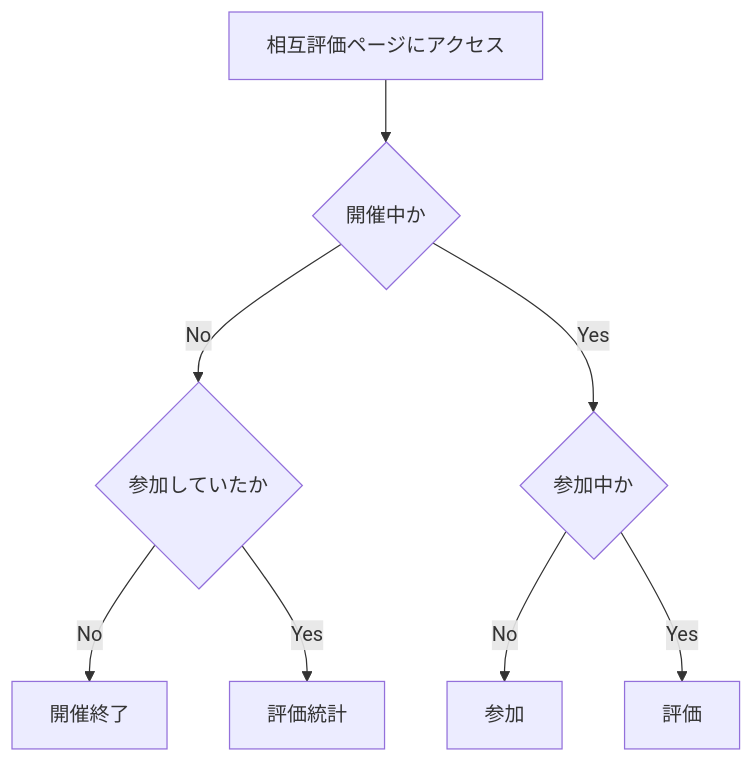
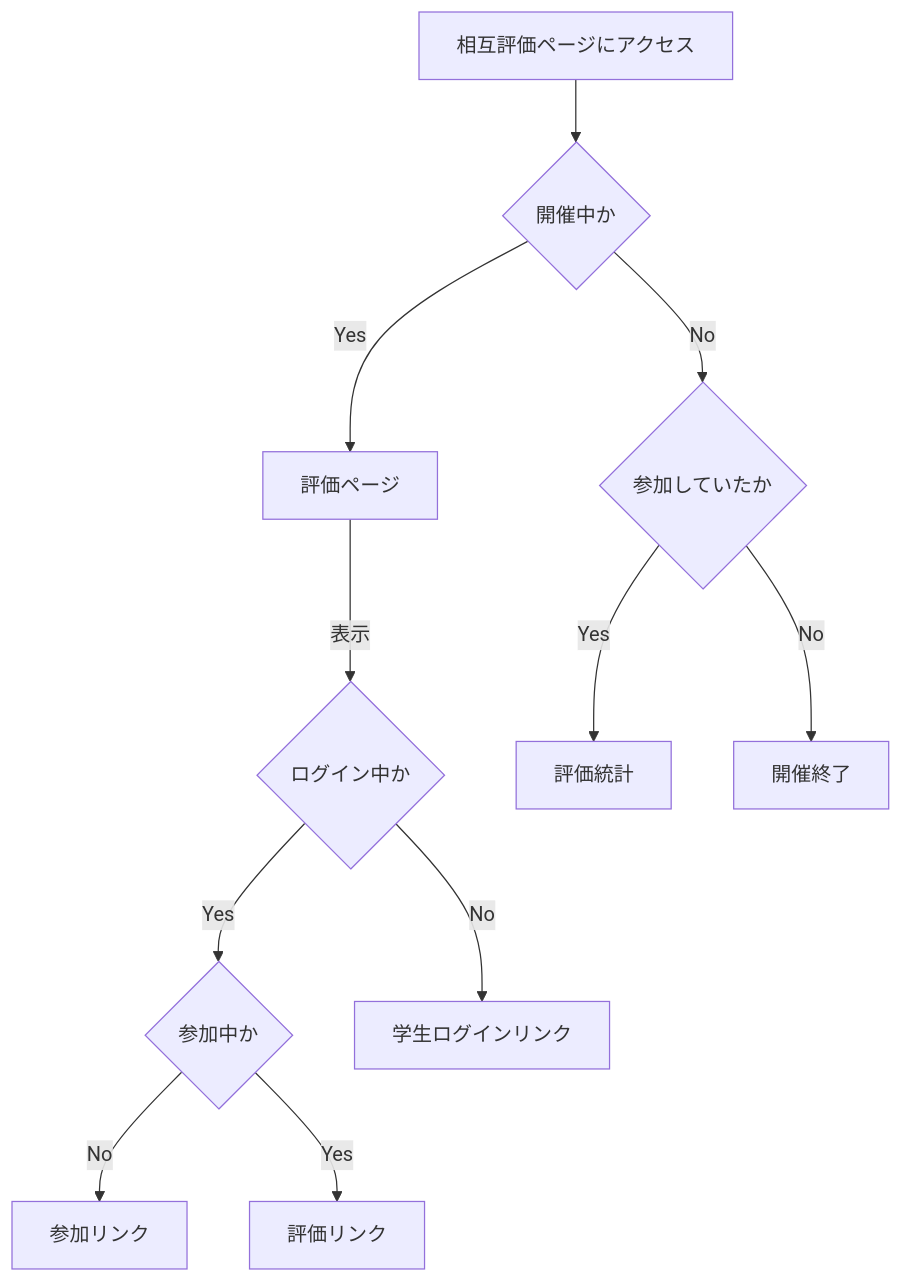
Before and after one commit to sijiaoh/ohutils_rails: the diagram in docs/peer_review.md, drawn with Mermaid. The commit also changed other lines of this file, not shown here.

Commit message:
Update docs/peer_review.

````diff
--- a/docs/peer_review.md
+++ b/docs/peer_review.md
@@ -5,22 +7,29 @@
 ```mermaid
 flowchart TD
 
 visit_show[相互評価ページにアクセス]
 if_doing{開催中か}
+if_logged_in{ログイン中か}
 if_participating{参加中か}
 if_participated{参加していたか}
-participation[参加]
-review[評価]
+review_page[評価ページ]
 review_result[評価統計]
 finished[開催終了]
+show_student_sign_in_link[学生ログインリンク]
+show_participation_link[参加リンク]
+show_review_links[評価リンク]
 
 visit_show --> if_doing
 if_doing -->|No| if_participated
-if_doing -->|Yes| if_participating
+if_doing -->|Yes| review_page
 
 if_participated -->|No| finished
 if_participated -->|Yes| review_result
 
-if_participating -->|No| participation
-if_participating -->|Yes| review
+review_page -->|表示| if_logged_in
+if_logged_in -->|No| show_student_sign_in_link
+if_logged_in -->|Yes| if_participating
+
+if_participating -->|No| show_participation_link
+if_participating -->|Yes| show_review_links
 ```
````
